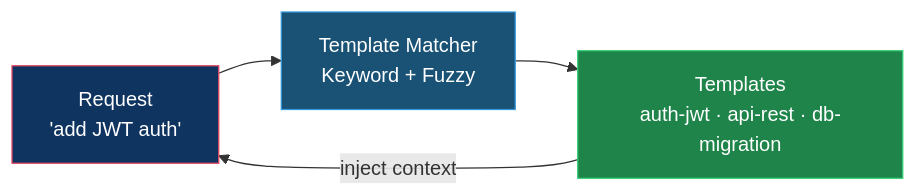
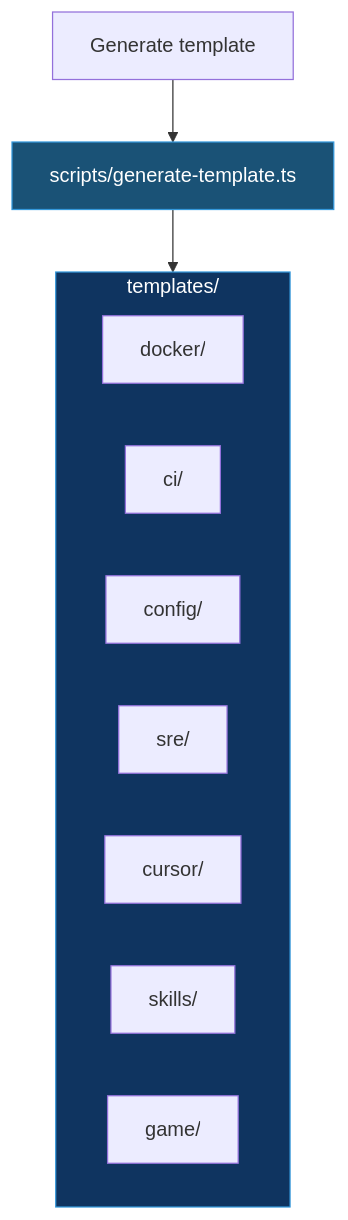
Before and after one commit to buiphucminhtam/forge17: the fifth of 18 diagrams in README.md, drawn with Mermaid. The commit also changed other lines of this file and 71 other files, not shown here.

````diff
--- a/README.md
+++ b/README.md
@@ -204,14 +205,22 @@
 ```mermaid
-flowchart LR
-    REQ["Request<br/>'add JWT auth'"]
-    MATCH["Template Matcher<br/>Keyword + Fuzzy"]
-    TEMPLATES["Templates<br/>auth-jwt · api-rest · db-migration"]
+flowchart TB
+    REQ["Generate template"]
+    CLI["scripts/generate-template.ts"]
+    TEMPLATES["templates/"]
 
-    REQ --> MATCH
-    MATCH --> TEMPLATES
-    TEMPLATES -->|inject context| REQ
+    subgraph TEMPLATES["templates/"]
+        DOCKER["docker/"]
+        CI["ci/"]
+        CONFIG["config/"]
+        SRE["sre/"]
+        CURSOR["cursor/"]
+        SKILLS["skills/"]
+        GAME["game/"]
+    end
 
-    style REQ fill:#0f3460,stroke:#e94560,color:#fff
-    style MATCH fill:#1a5276,stroke:#3498db,color:#fff
-    style TEMPLATES fill:#1e8449,stroke:#2ecc71,color:#fff
+    REQ --> CLI
+    CLI --> TEMPLATES
+
+    style CLI fill:#1a5276,stroke:#3498db,color:#fff
+    style TEMPLATES fill:#0f3460,stroke:#3498db,color:#fff
 ```
````
